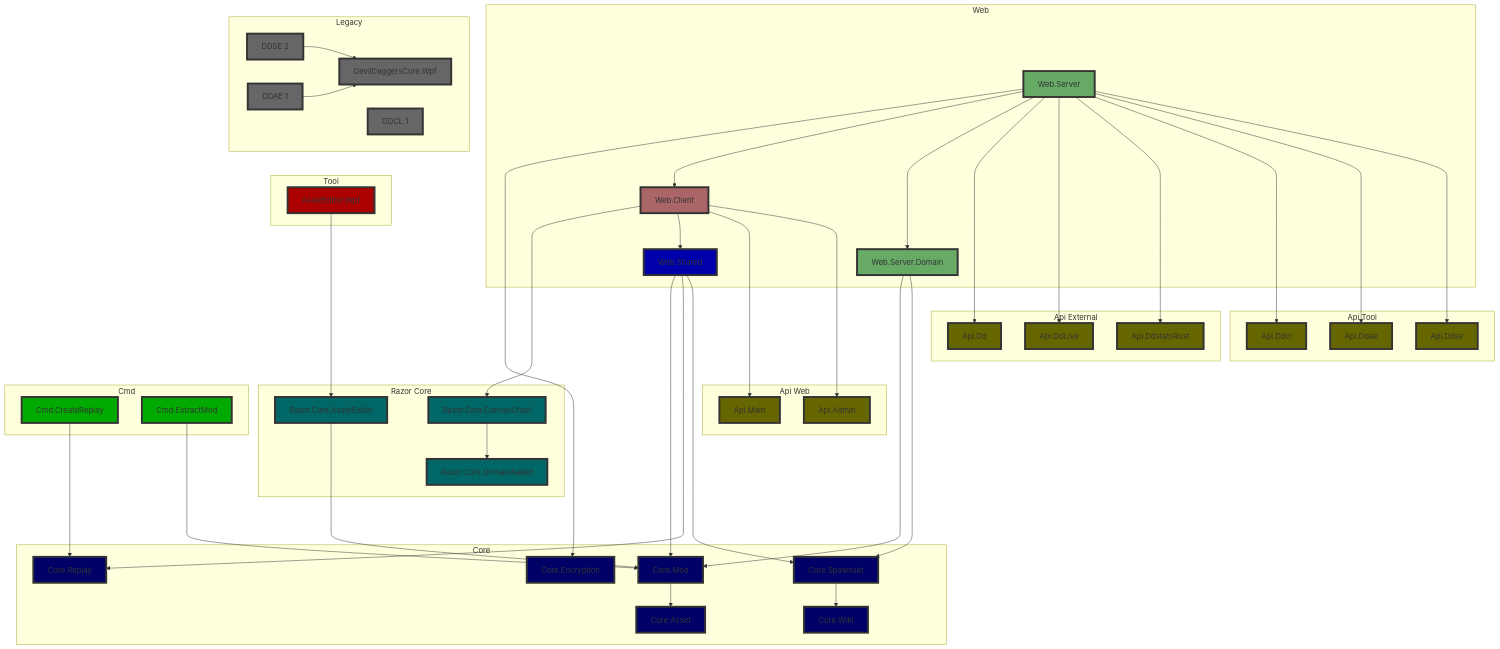
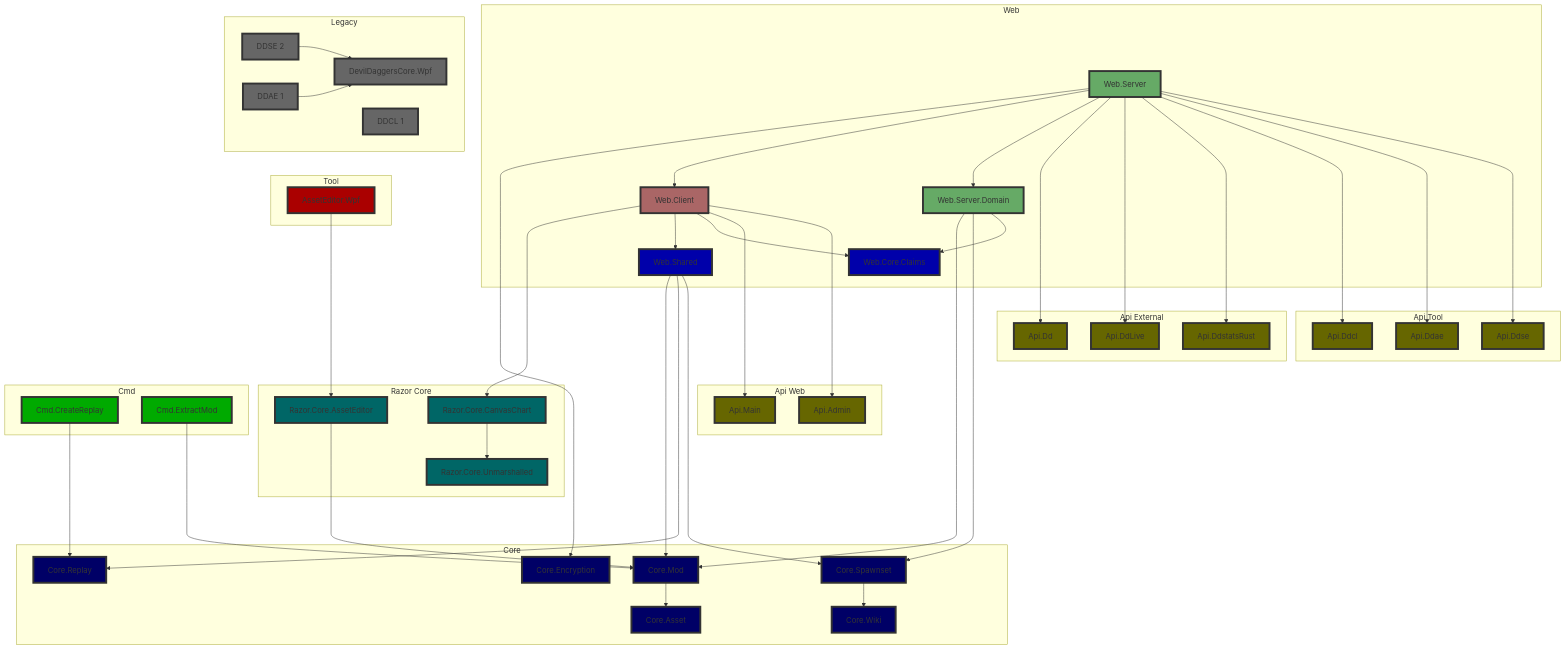
Before and after one commit to NoahStolk/ddinfo-web: the first of 3 diagrams in docs/architecture.md, drawn with Mermaid. The commit also changed other lines of this file and 27 other files, not shown here.

```diff
--- a/docs/architecture.md
+++ b/docs/architecture.md
@@ -38,6 +39,7 @@
 	web_server[Web.Server]
 	web_server_domain[Web.Server.Domain]
 	web_shared[Web.Shared]
+	web_core_claims[Web.Core.Claims]
 	api_dd[Api.Dd]
 	api_ddlive[Api.DdLive]
 	api_ddrust[Api.DdstatsRust]
@@ -58,7 +60,7 @@
 	class razor_core_asseteditor,razor_core_canvaschart,razor_core_unmarshalled razor_core;
 	class web_client web_client;
 	class web_server,web_server_domain web_server;
-	class web_shared web_shared;
+	class web_shared,web_core_claims web_core;
 	class api_dd,api_ddlive,api_ddrust,api_main,api_admin,api_ddcl,api_ddae,api_ddse api;
 
 	class ddse_legacy,ddcl_legacy,ddae_legacy,ddcore_legacy legacy;
@@ -69,7 +71,7 @@
 	classDef razor_core fill:#066,stroke:#333,stroke-width:4px;
 	classDef web_client fill:#a66,stroke:#333,stroke-width:4px;
 	classDef web_server fill:#6a6,stroke:#333,stroke-width:4px;
-	classDef web_shared fill:#00a,stroke:#333,stroke-width:4px;
+	classDef web_core fill:#00a,stroke:#333,stroke-width:4px;
 	classDef api fill:#660,stroke:#333,stroke-width:4px;
 
 	classDef legacy fill:#666,stroke:#333,stroke-width:4px;
@@ -90,6 +92,7 @@
 	subgraph Web
 		web_client ----> razor_core_canvaschart
 		web_client --> web_shared
+		web_client --> web_core_claims
 
 		web_server --> core_encryption
 		web_server --> web_client
@@ -97,6 +100,7 @@
 		
 		web_server_domain --> core_mod
 		web_server_domain --> core_spawnset
+		web_server_domain --> web_core_claims
 
 		web_shared ----> core_mod
 		web_shared ----> core_replay
```
